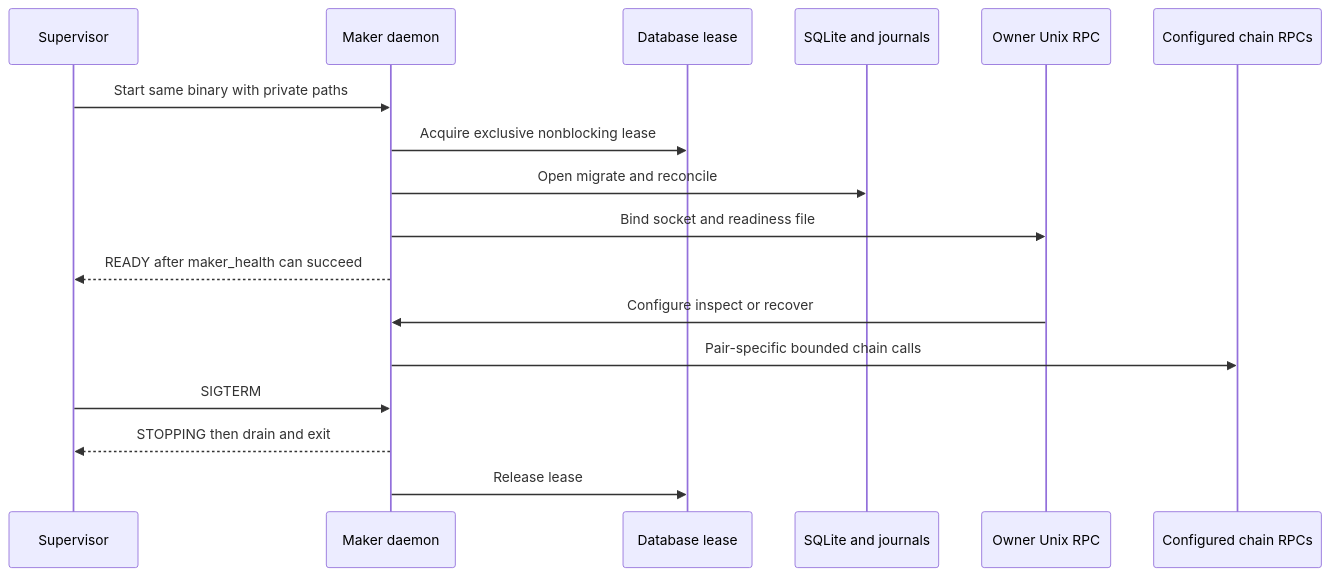
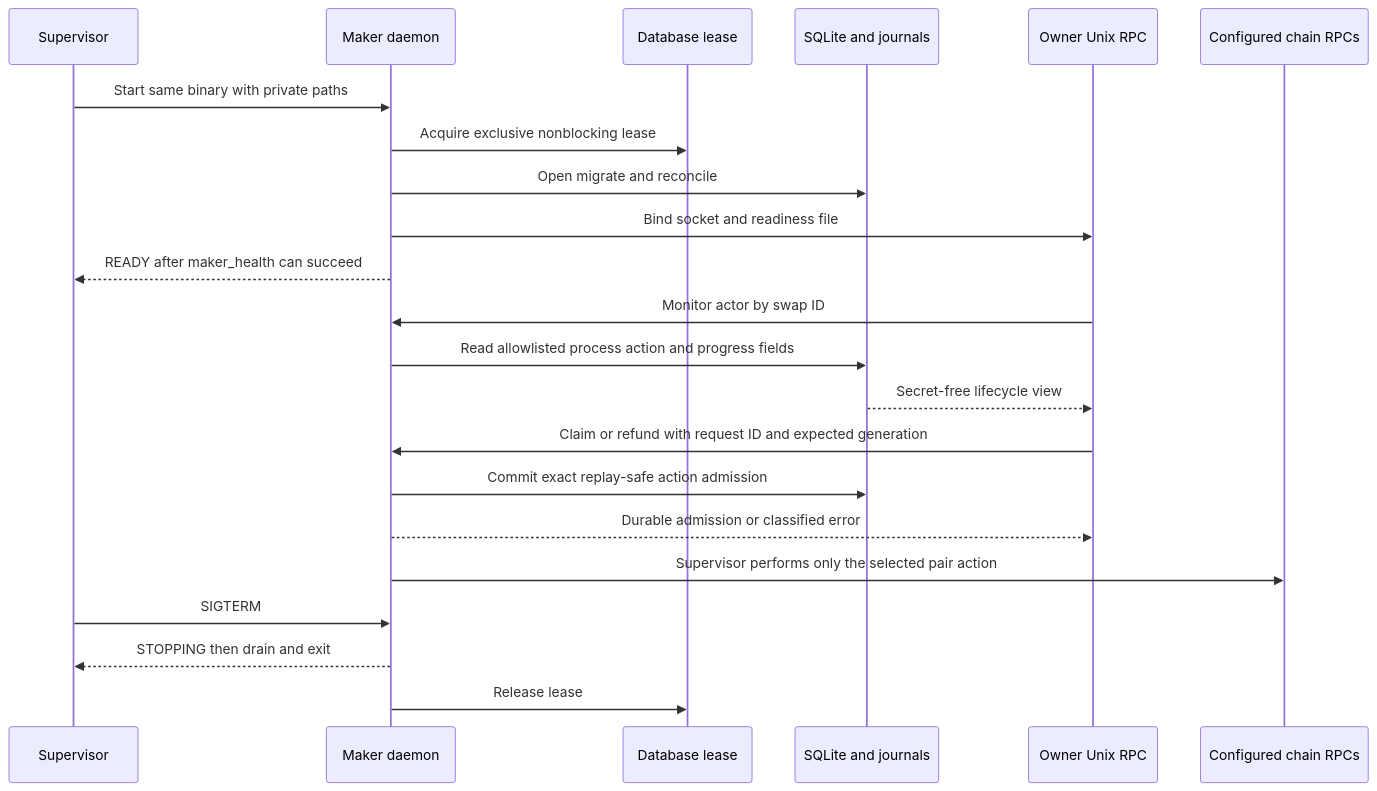
One commit to gateway-fm/lez-atomic-swaps changed the eighth of 18 diagrams in docs/architecture/deployment-components-and-rpcs.md. Above: the diagram before and after it, drawn with Mermaid. The commit also changed other lines of this file and 16 other files, not shown here.

````diff
--- a/docs/architecture/deployment-components-and-rpcs.md
+++ b/docs/architecture/deployment-components-and-rpcs.md
@@ -778,20 +778,25 @@
 ```mermaid
 sequenceDiagram
     participant S as Supervisor
     participant D as Maker daemon
     participant L as Database lease
     participant DB as SQLite and journals
     participant U as Owner Unix RPC
     participant R as Configured chain RPCs
 
     S->>D: Start same binary with private paths
     D->>L: Acquire exclusive nonblocking lease
     D->>DB: Open migrate and reconcile
     D->>U: Bind socket and readiness file
     D-->>S: READY after maker_health can succeed
-    U->>D: Configure inspect or recover
-    D->>R: Pair-specific bounded chain calls
+    U->>D: Monitor actor by swap ID
+    D->>DB: Read allowlisted process action and progress fields
+    DB-->>U: Secret-free lifecycle view
+    U->>D: Claim or refund with request ID and expected generation
+    D->>DB: Commit exact replay-safe action admission
+    D-->>U: Durable admission or classified error
+    D->>R: Supervisor performs only the selected pair action
     S->>D: SIGTERM
     D-->>S: STOPPING then drain and exit
     D->>L: Release lease
 ```
````
